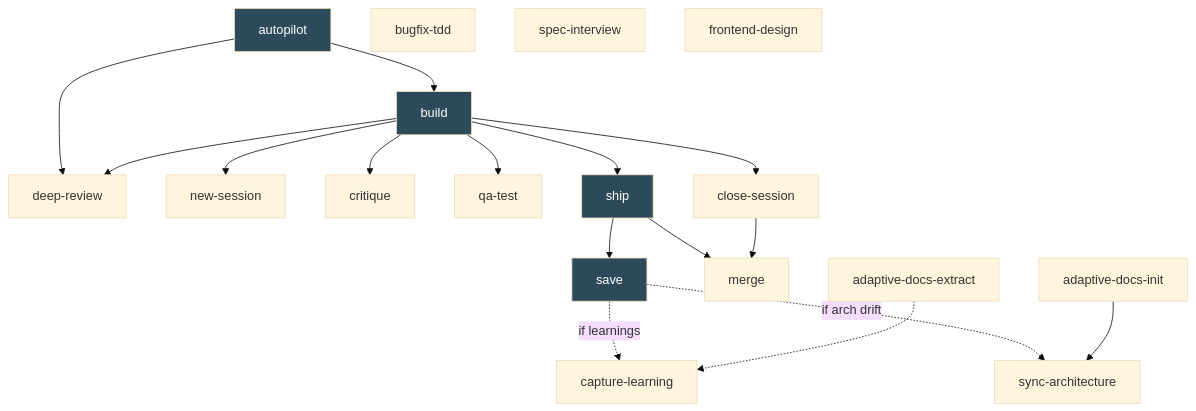
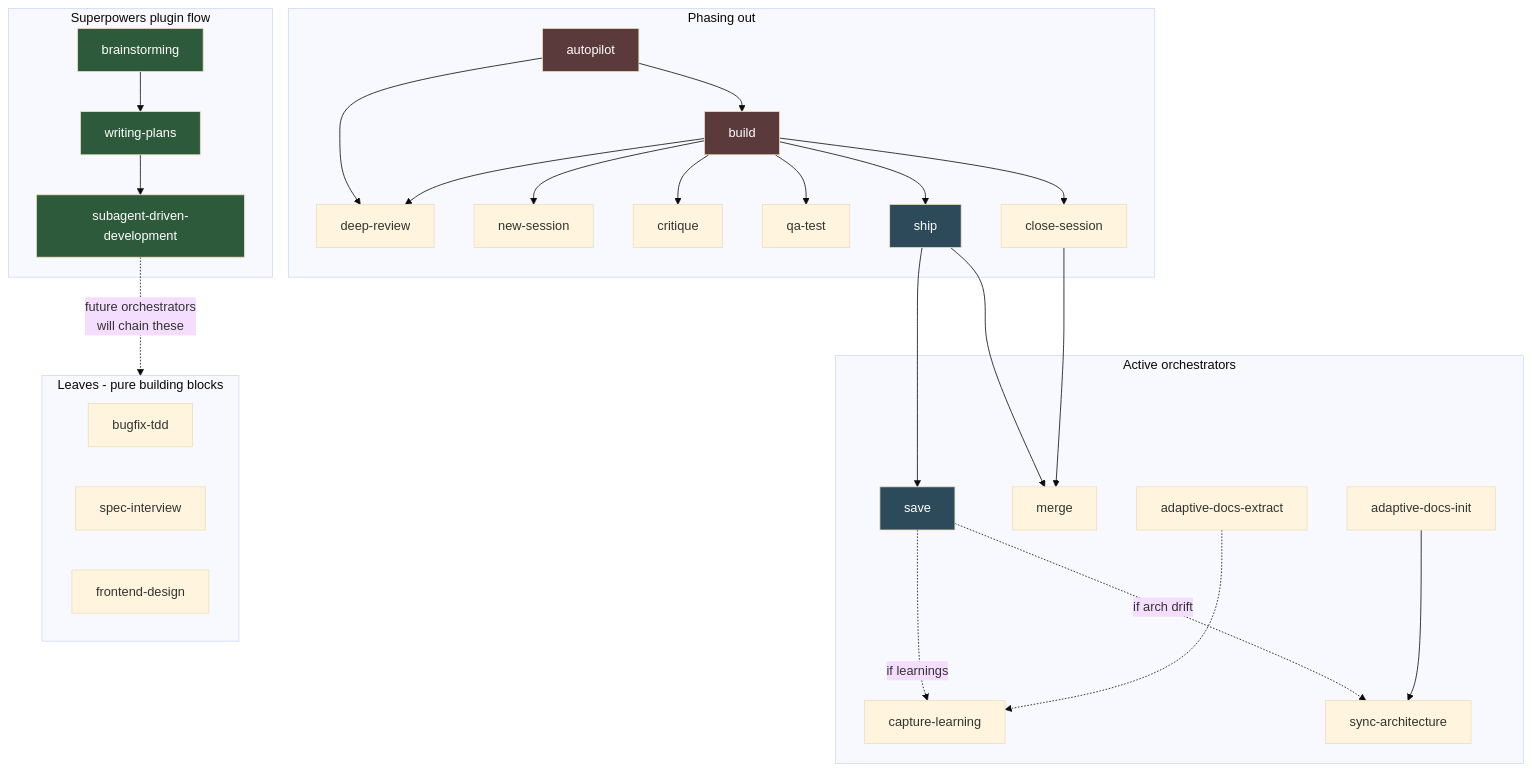
The second of 2 diagrams in SKILLS.md (divad12/dotfiles), drawn with Mermaid (base theme) before and after one commit. The commit also changed other lines of this file, not shown here.

Commit message:
Reflect shift to superpowers-based orchestration
Mark build/autopilot as phasing out. Document the brainstorming ->
writing-plans -> subagent-driven-development flow as the current direction.
Future project-specific orchestrators will plug into this pipeline instead
of the monolithic build skill.

````diff
--- a/SKILLS.md
+++ b/SKILLS.md
@@ -79,37 +91,49 @@
 ```mermaid
 graph TD
-  autopilot --> build
-  autopilot --> deep-review
+  subgraph deprecated[Phasing out]
+    autopilot --> build
+    autopilot --> deep-review
+    build --> new-session
+    build --> critique
+    build --> qa-test
+    build --> deep-review
+    build --> ship
+    build --> close-session
+  end
 
-  build --> new-session
-  build --> critique
-  build --> qa-test
-  build --> deep-review
-  build --> ship
-  build --> close-session
+  subgraph active[Active orchestrators]
+    ship --> save
+    ship --> merge
+    close-session --> merge
+    save -.->|if learnings| capture-learning
+    save -.->|if arch drift| sync-architecture
+    adaptive-docs-init --> sync-architecture
+    adaptive-docs-extract -.-> capture-learning
+  end
 
-  ship --> save
-  ship --> merge
+  subgraph superpowers[Superpowers plugin flow]
+    brainstorming --> writing-plans
+    writing-plans --> subagent-driven-development
+  end
 
-  close-session --> merge
+  subgraph leaves[Leaves - pure building blocks]
+    bugfix-tdd
+    critique
+    deep-review
+    merge
+    new-session
+    qa-test
+    spec-interview
+    frontend-design
+  end
 
-  save -.->|if learnings| capture-learning
-  save -.->|if arch drift| sync-architecture
+  subagent-driven-development -.->|future orchestrators<br/>will chain these| leaves
 
-  adaptive-docs-init --> sync-architecture
-  adaptive-docs-extract -.-> capture-learning
-
-  bugfix-tdd
-  critique
-  deep-review
-  merge
-  new-session
-  qa-test
-  spec-interview
-  frontend-design
-
-  style build fill:#2d4a5a,color:#fff
-  style autopilot fill:#2d4a5a,color:#fff
+  style build fill:#5a3a3a,color:#fff
+  style autopilot fill:#5a3a3a,color:#fff
   style ship fill:#2d4a5a,color:#fff
   style save fill:#2d4a5a,color:#fff
+  style brainstorming fill:#2d5a3a,color:#fff
+  style writing-plans fill:#2d5a3a,color:#fff
+  style subagent-driven-development fill:#2d5a3a,color:#fff
 ```
````
